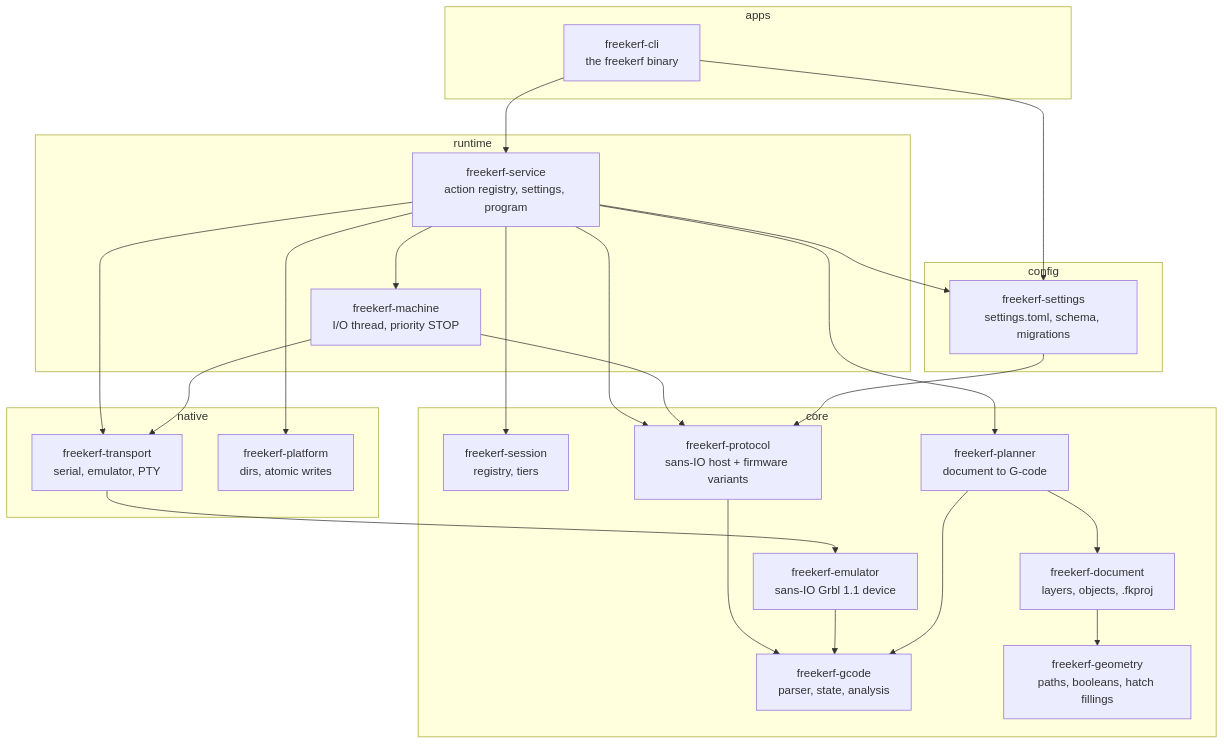
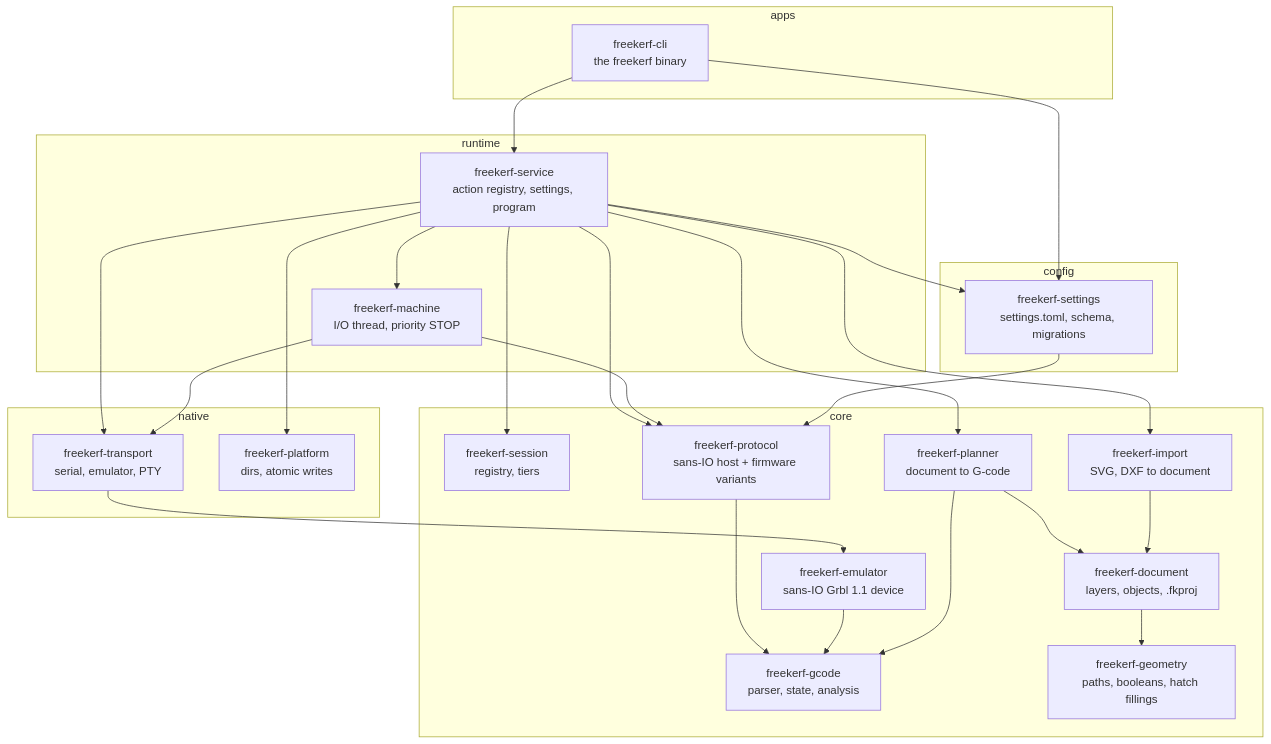
Before and after one commit to bochpsico-lang/freekerf: the first of 2 diagrams in doc/architecture.md, drawn with Mermaid. The commit also changed other lines of this file and 78 other files, not shown here.

First line of the commit message:
Add freekerf-import: SVG and DXF to colour-layer documents

````diff
--- a/doc/architecture.md
+++ b/doc/architecture.md
@@ -9,44 +9,47 @@
 ```mermaid
 flowchart TB
   subgraph apps
     cli[freekerf-cli<br/>the freekerf binary]
   end
   subgraph runtime
     service[freekerf-service<br/>action registry, settings, program]
     machine[freekerf-machine<br/>I/O thread, priority STOP]
   end
   subgraph native
     transport[freekerf-transport<br/>serial, emulator, PTY]
     platform[freekerf-platform<br/>dirs, atomic writes]
   end
   subgraph config
     settings[freekerf-settings<br/>settings.toml, schema, migrations]
   end
   subgraph core
     session[freekerf-session<br/>registry, tiers]
     protocol[freekerf-protocol<br/>sans-IO host + firmware variants]
     gcode[freekerf-gcode<br/>parser, state, analysis]
     emulator[freekerf-emulator<br/>sans-IO Grbl 1.1 device]
     geometry[freekerf-geometry<br/>paths, booleans, hatch fillings]
     document[freekerf-document<br/>layers, objects, .fkproj]
     planner[freekerf-planner<br/>document to G-code]
+    import[freekerf-import<br/>SVG, DXF to document]
   end
   cli --> service
   cli --> settings
   service --> machine
   service --> transport
   service --> platform
   service --> settings
   service --> session
   service --> protocol
   machine --> protocol
   machine --> transport
   transport --> emulator
   settings --> protocol
   protocol --> gcode
   emulator --> gcode
   document --> geometry
   planner --> document
   planner --> gcode
   service --> planner
+  service --> import
+  import --> document
 ```
````
